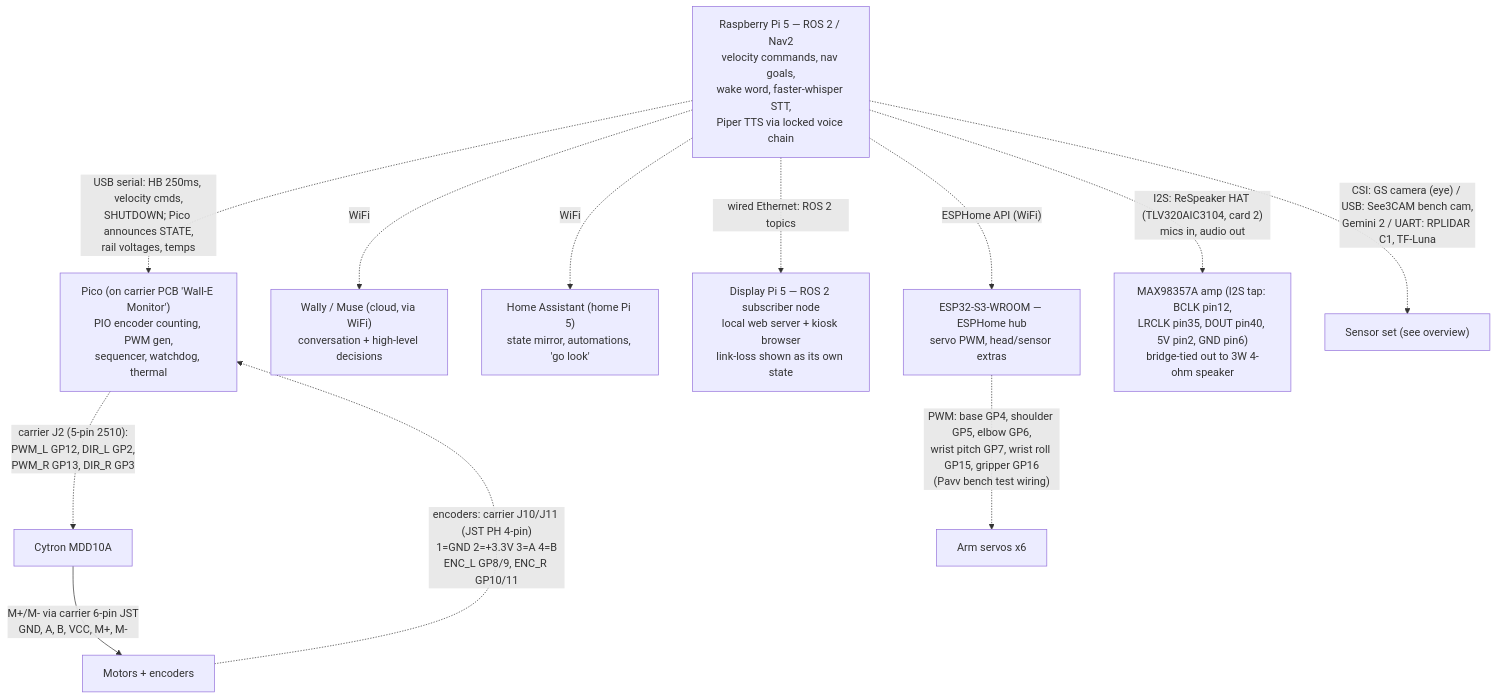
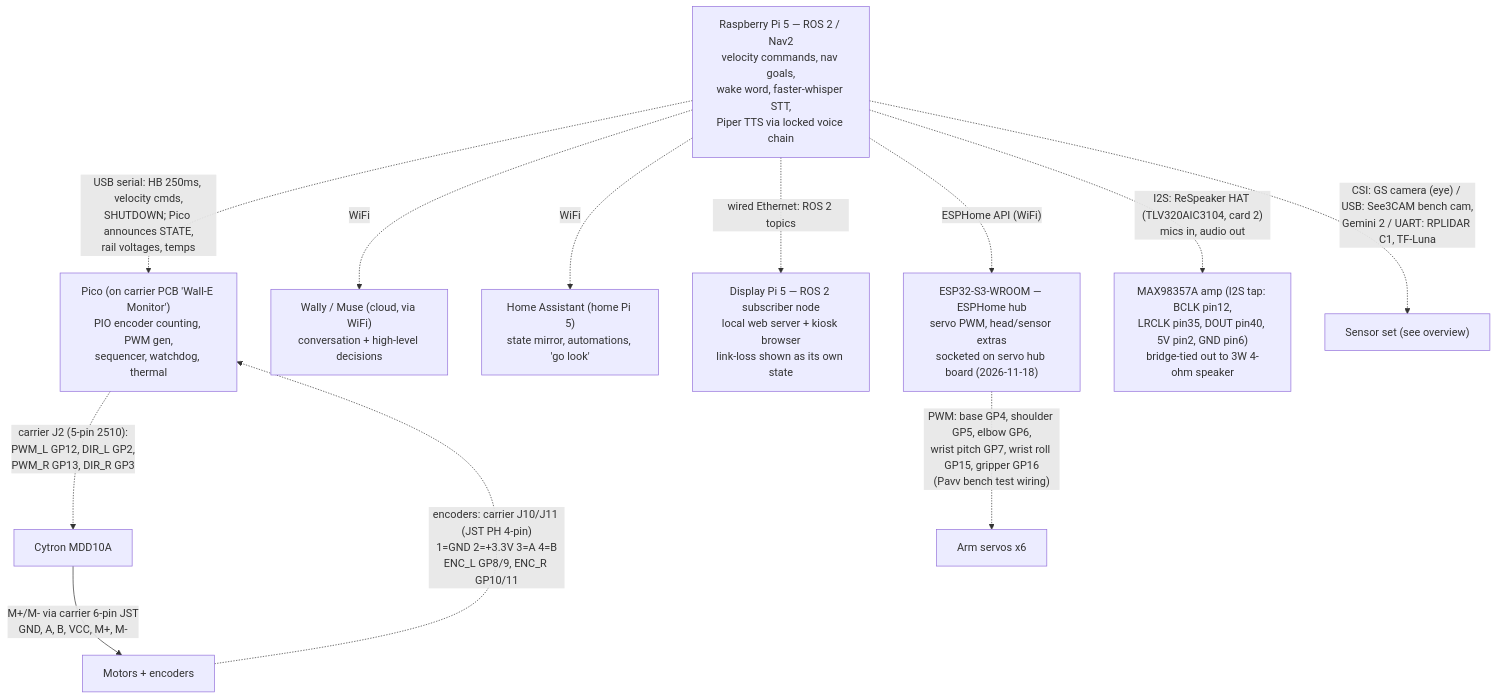
One commit to jwood5063/wall-e changed the third of 3 diagrams in docs/wall-e-system-block-diagram.md. Above: the diagram before and after it, drawn with Mermaid. The commit also changed other lines of this file and 48 other files, not shown here.

````diff
--- a/docs/wall-e-system-block-diagram.md
+++ b/docs/wall-e-system-block-diagram.md
@@ -175,20 +187,20 @@
 ```mermaid
 flowchart TB
     PI5["Raspberry Pi 5 — ROS 2 / Nav2<br/>velocity commands, nav goals,<br/>wake word, faster-whisper STT,<br/>Piper TTS via locked voice chain"]
     PICO["Pico (on carrier PCB 'Wall-E Monitor')<br/>PIO encoder counting, PWM gen,<br/>sequencer, watchdog, thermal"]
-    ESP["ESP32-S3-WROOM — ESPHome hub<br/>servo PWM, head/sensor extras"]
+    ESP["ESP32-S3-WROOM — ESPHome hub<br/>servo PWM, head/sensor extras<br/>socketed on servo hub board (2026-11-18)"]
     CLOUD2["Wally / Muse (cloud, via WiFi)<br/>conversation + high-level decisions"]
     HA2["Home Assistant (home Pi 5)<br/>state mirror, automations, 'go look'"]
 
     PI5 -.->|"USB serial: HB 250ms, velocity cmds,<br/>SHUTDOWN; Pico announces STATE,<br/>rail voltages, temps"| PICO
     PICO -.->|"carrier J2 (5-pin 2510):<br/>PWM_L GP12, DIR_L GP2,<br/>PWM_R GP13, DIR_R GP3"| MDD3["Cytron MDD10A"]
     MDD3 -->|"M+/M- via carrier 6-pin JST<br/>GND, A, B, VCC, M+, M-"| MOT3["Motors + encoders"]
     MOT3 -.->|"encoders: carrier J10/J11 (JST PH 4-pin)<br/>1=GND 2=+3.3V 3=A 4=B<br/>ENC_L GP8/9, ENC_R GP10/11"| PICO
     ESP -.->|"PWM: base GP4, shoulder GP5, elbow GP6,<br/>wrist pitch GP7, wrist roll GP15, gripper GP16<br/>(Pavv bench test wiring)"| ARM3["Arm servos x6"]
     PI5 -.->|"WiFi"| CLOUD2
     PI5 -.->|"WiFi"| HA2
     PI5 -.->|"wired Ethernet: ROS 2 topics"| DISP2["Display Pi 5 — ROS 2 subscriber node<br/>local web server + kiosk browser<br/>link-loss shown as its own state"]
     PI5 -.->|"ESPHome API (WiFi)"| ESP
     PI5 -.->|"I2S: ReSpeaker HAT (TLV320AIC3104, card 2)<br/>mics in, audio out"| AMP3["MAX98357A amp (I2S tap: BCLK pin12,<br/>LRCLK pin35, DOUT pin40, 5V pin2, GND pin6)<br/>bridge-tied out to 3W 4-ohm speaker"]
     PI5 -.->|"CSI: GS camera (eye) / USB: See3CAM bench cam,<br/>Gemini 2 / UART: RPLIDAR C1, TF-Luna"| SENS["Sensor set (see overview)"]
 ```
````
